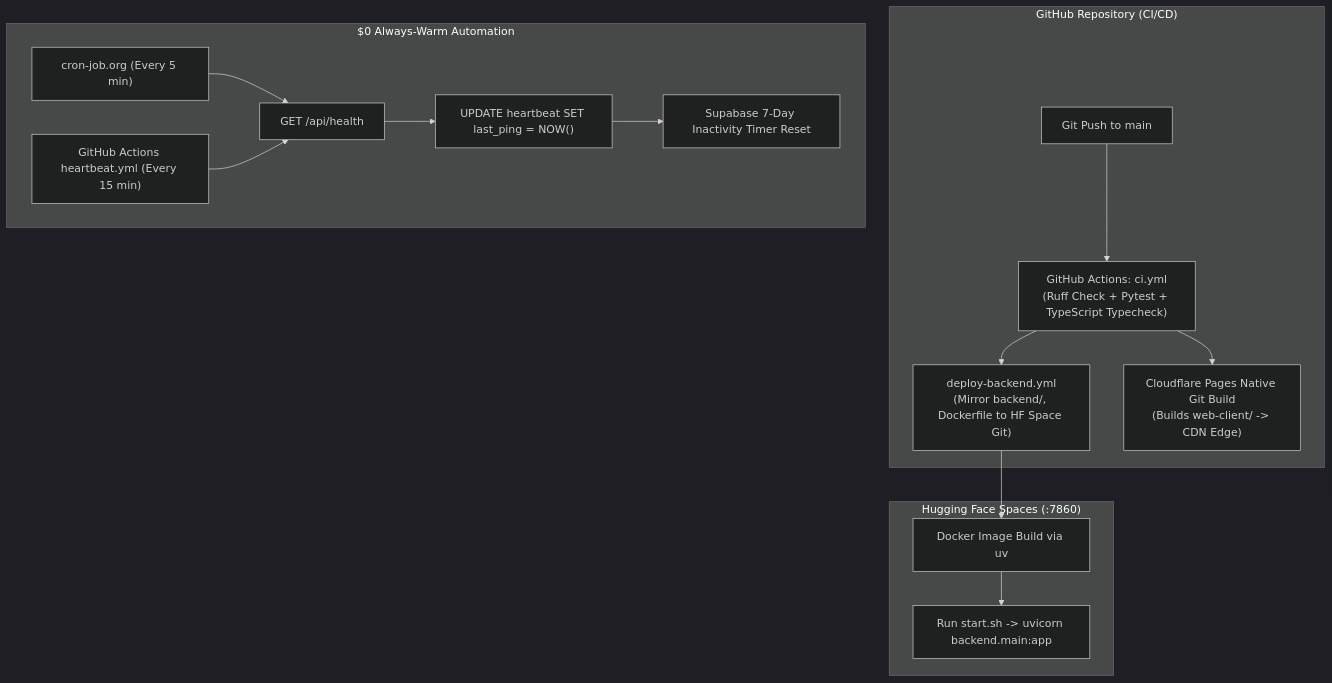
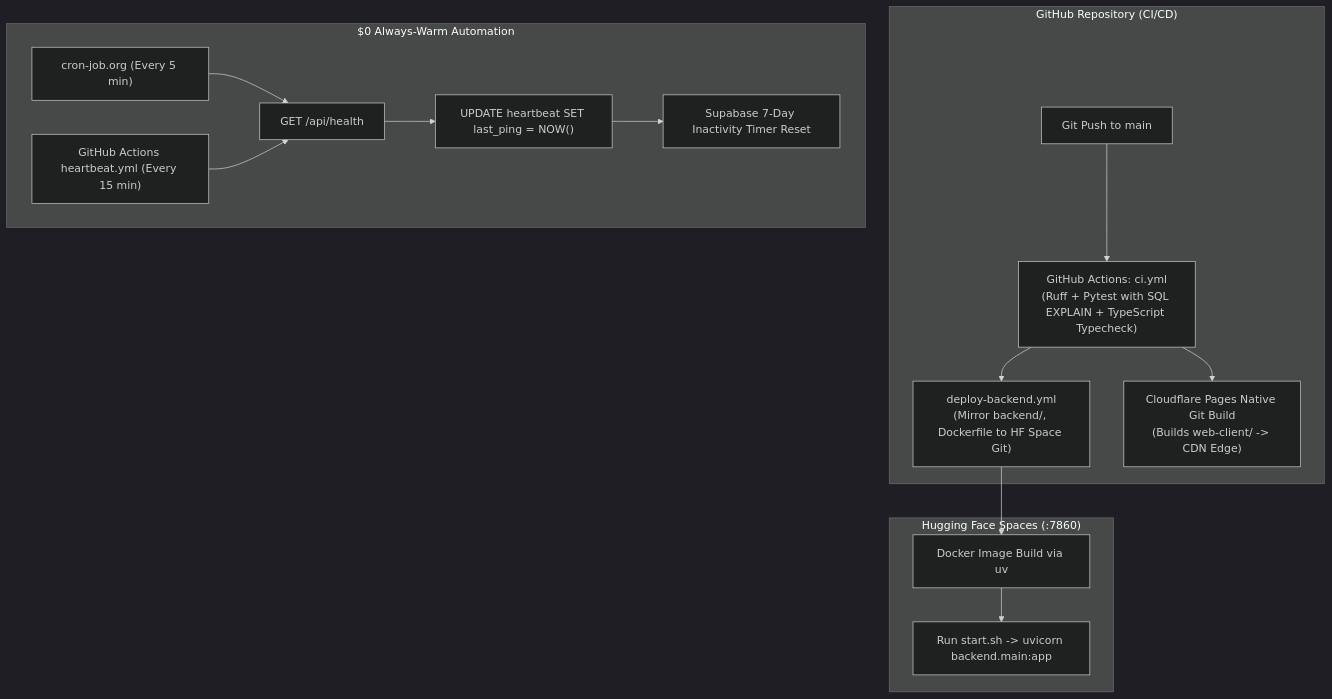
The eighth of 8 diagrams in SYSTEM_ARCHITECTURE.md (Amonochuka/Spectra), drawn with Mermaid (dark theme) before and after one commit. The commit also changed other lines of this file and 2 other files, not shown here.

Commit message:
docs: codify Python hardening and Go runtime parity mechanics in specification and architecture

````diff
--- a/SYSTEM_ARCHITECTURE.md
+++ b/SYSTEM_ARCHITECTURE.md
@@ -678,20 +683,20 @@
 ```mermaid
 flowchart TD
     subgraph RepoPipeline["GitHub Repository (CI/CD)"]
-        Commit["Git Push to main"] --> CI["GitHub Actions: ci.yml\n(Ruff Check + Pytest + TypeScript Typecheck)"]
+        Commit["Git Push to main"] --> CI["GitHub Actions: ci.yml\n(Ruff + Pytest with SQL EXPLAIN + TypeScript Typecheck)"]
         CI --> DeployBack["deploy-backend.yml\n(Mirror backend/, Dockerfile to HF Space Git)"]
         CI --> DeployFront["Cloudflare Pages Native Git Build\n(Builds web-client/ -> CDN Edge)"]
     end
 
     subgraph HF_Runtime["Hugging Face Spaces (:7860)"]
         DeployBack --> Rebuild["Docker Image Build via uv"]
         Rebuild --> Run["Run start.sh -> uvicorn backend.main:app"]
     end
 
     subgraph KeepAliveSystem["$0 Always-Warm Automation"]
         CronOrg["cron-job.org (Every 5 min)"] --> Ping["GET /api/health"]
         GHA_Backup["GitHub Actions heartbeat.yml (Every 15 min)"] --> Ping
         Ping --> TouchDB["UPDATE heartbeat SET last_ping = NOW()"]
         TouchDB --> ResetTimer["Supabase 7-Day Inactivity Timer Reset"]
     end
 ```
````
